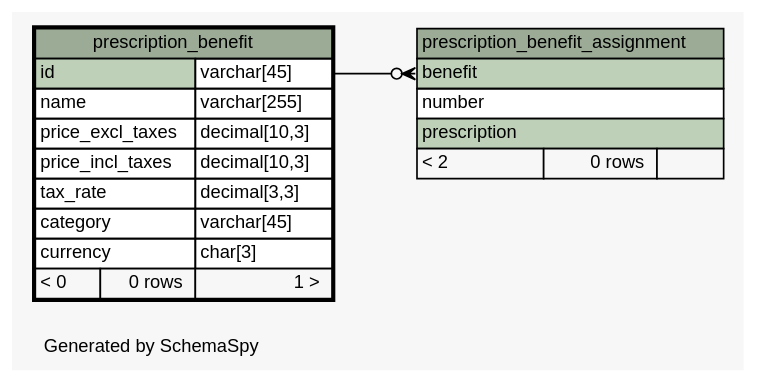
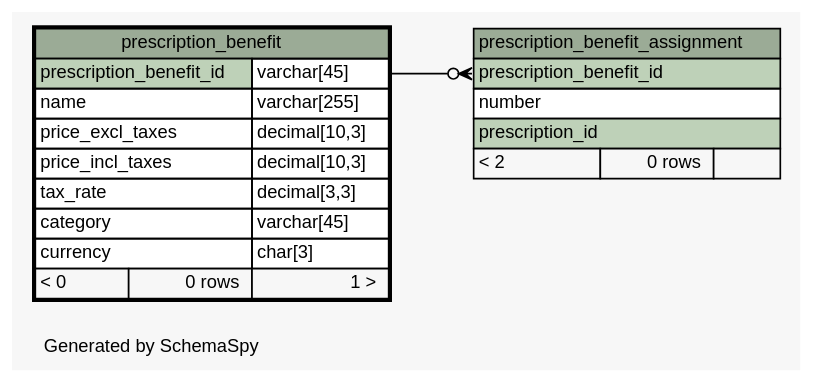
One commit to KaiBMP/KaiBMP.github.io changed the diagram in diagrams/prescription_benefit.1degree.dot. Above: the diagram before and after it, drawn with Graphviz. The commit also changed 170 other files, not shown here.

Commit message:
schemaspy update

```diff
--- a/diagrams/prescription_benefit.1degree.dot
+++ b/diagrams/prescription_benefit.1degree.dot
@@ -1,51 +1,51 @@
 // dot 2.40.1 on Linux 5.3.0-28-generic
 // SchemaSpy rev 590
 digraph "oneDegreeRelationshipsDiagram" {
   graph [
     rankdir="RL"
     bgcolor="#f7f7f7"
     label="\nGenerated by SchemaSpy"
     labeljust="l"
     nodesep="0.18"
     ranksep="0.46"
     fontname="Helvetica"
     fontsize="11"
   ];
   node [
     fontname="Helvetica"
     fontsize="11"
     shape="plaintext"
   ];
   edge [
     arrowsize="0.8"
   ];
-  "prescription_benefit_assignment":"benefit":w -> "prescription_benefit":"id.type":e [arrowhead=none dir=back arrowtail=crowodot];
+  "prescription_benefit_assignment":"prescription_benefit_id":w -> "prescription_benefit":"prescription_benefit_id.type":e [arrowhead=none dir=back arrowtail=crowodot];
   "prescription_benefit" [
     label=<
     <TABLE BORDER="2" CELLBORDER="1" CELLSPACING="0" BGCOLOR="#ffffff">
       <TR><TD COLSPAN="3" BGCOLOR="#9bab96" ALIGN="CENTER">prescription_benefit</TD></TR>
-      <TR><TD PORT="id" COLSPAN="2" BGCOLOR="#bed1b8" ALIGN="LEFT">id</TD><TD PORT="id.type" ALIGN="LEFT">varchar[45]</TD></TR>
+      <TR><TD PORT="prescription_benefit_id" COLSPAN="2" BGCOLOR="#bed1b8" ALIGN="LEFT">prescription_benefit_id</TD><TD PORT="prescription_benefit_id.type" ALIGN="LEFT">varchar[45]</TD></TR>
       <TR><TD PORT="name" COLSPAN="2" ALIGN="LEFT">name</TD><TD PORT="name.type" ALIGN="LEFT">varchar[255]</TD></TR>
       <TR><TD PORT="price_excl_taxes" COLSPAN="2" ALIGN="LEFT">price_excl_taxes</TD><TD PORT="price_excl_taxes.type" ALIGN="LEFT">decimal[10,3]</TD></TR>
       <TR><TD PORT="price_incl_taxes" COLSPAN="2" ALIGN="LEFT">price_incl_taxes</TD><TD PORT="price_incl_taxes.type" ALIGN="LEFT">decimal[10,3]</TD></TR>
       <TR><TD PORT="tax_rate" COLSPAN="2" ALIGN="LEFT">tax_rate</TD><TD PORT="tax_rate.type" ALIGN="LEFT">decimal[3,3]</TD></TR>
       <TR><TD PORT="category" COLSPAN="2" ALIGN="LEFT">category</TD><TD PORT="category.type" ALIGN="LEFT">varchar[45]</TD></TR>
       <TR><TD PORT="currency" COLSPAN="2" ALIGN="LEFT">currency</TD><TD PORT="currency.type" ALIGN="LEFT">char[3]</TD></TR>
       <TR><TD ALIGN="LEFT" BGCOLOR="#f7f7f7">&lt; 0</TD><TD ALIGN="RIGHT" BGCOLOR="#f7f7f7">0 rows</TD><TD ALIGN="RIGHT" BGCOLOR="#f7f7f7">1 &gt;</TD></TR>
     </TABLE>>
     URL="prescription_benefit.html"
     tooltip="prescription_benefit"
   ];
   "prescription_benefit_assignment" [
     label=<
     <TABLE BORDER="0" CELLBORDER="1" CELLSPACING="0" BGCOLOR="#ffffff">
       <TR><TD COLSPAN="3" BGCOLOR="#9bab96" ALIGN="CENTER">prescription_benefit_assignment</TD></TR>
-      <TR><TD PORT="benefit" COLSPAN="3" BGCOLOR="#bed1b8" ALIGN="LEFT">benefit</TD></TR>
+      <TR><TD PORT="prescription_benefit_id" COLSPAN="3" BGCOLOR="#bed1b8" ALIGN="LEFT">prescription_benefit_id</TD></TR>
       <TR><TD PORT="number" COLSPAN="3" ALIGN="LEFT">number</TD></TR>
-      <TR><TD PORT="prescription" COLSPAN="3" BGCOLOR="#bed1b8" ALIGN="LEFT">prescription</TD></TR>
+      <TR><TD PORT="prescription_id" COLSPAN="3" BGCOLOR="#bed1b8" ALIGN="LEFT">prescription_id</TD></TR>
       <TR><TD ALIGN="LEFT" BGCOLOR="#f7f7f7">&lt; 2</TD><TD ALIGN="RIGHT" BGCOLOR="#f7f7f7">0 rows</TD><TD ALIGN="RIGHT" BGCOLOR="#f7f7f7">  </TD></TR>
     </TABLE>>
     URL="prescription_benefit_assignment.html"
     tooltip="prescription_benefit_assignment"
   ];
 }
```
